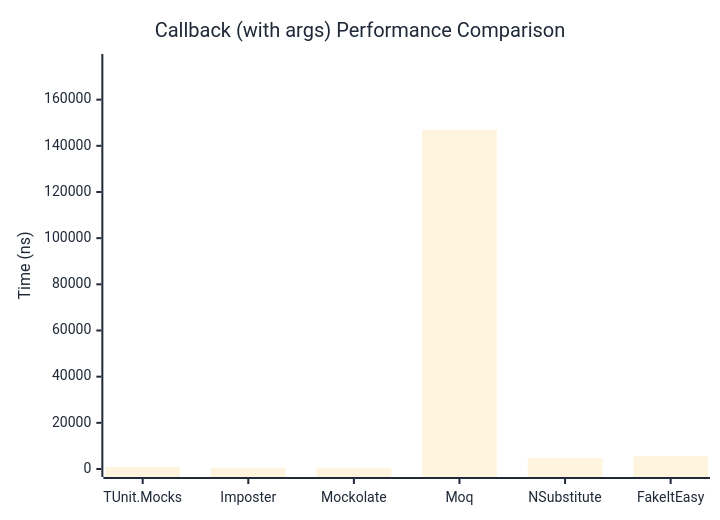
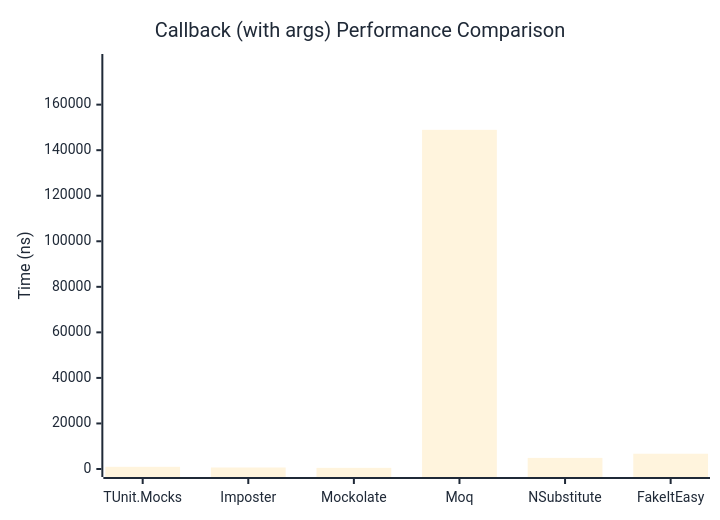
The second of 2 diagrams in docs/docs/benchmarks/mocks/Callback.md (thomhurst/TUnit), drawn with Mermaid before and after one commit. The commit also changed other lines of this file and 14 other files, not shown here.

````diff
--- a/docs/docs/benchmarks/mocks/Callback.md
+++ b/docs/docs/benchmarks/mocks/Callback.md
@@ -69,27 +69,27 @@
 ```mermaid
 %%{init: {
   'theme':'base',
   'themeVariables': {
     'primaryColor': '#2563eb',
     'primaryTextColor': '#1f2937',
     'primaryBorderColor': '#1e40af',
     'lineColor': '#6b7280',
     'secondaryColor': '#7c3aed',
     'tertiaryColor': '#dc2626',
     'background': '#ffffff',
     'pie1': '#2563eb',
     'pie2': '#7c3aed',
     'pie3': '#dc2626',
     'pie4': '#f59e0b',
     'pie5': '#10b981',
     'pie6': '#06b6d4',
     'pie7': '#ec4899',
     'pie8': '#6366f1'
   }
 }}%%
 xychart-beta
   title "Callback (with args) Performance Comparison"
   x-axis ["TUnit.Mocks", "Imposter", "Mockolate", "Moq", "NSubstitute", "FakeItEasy"]
-  y-axis "Time (ns)" 0 --> 176311
-  bar [859.4, 533.2, 387.6, 146925.2, 4704.6, 5463.5]
+  y-axis "Time (ns)" 0 --> 178724
+  bar [962.5, 658.8, 508.6, 148935.9, 4866.4, 6709.2]
 ```
````
